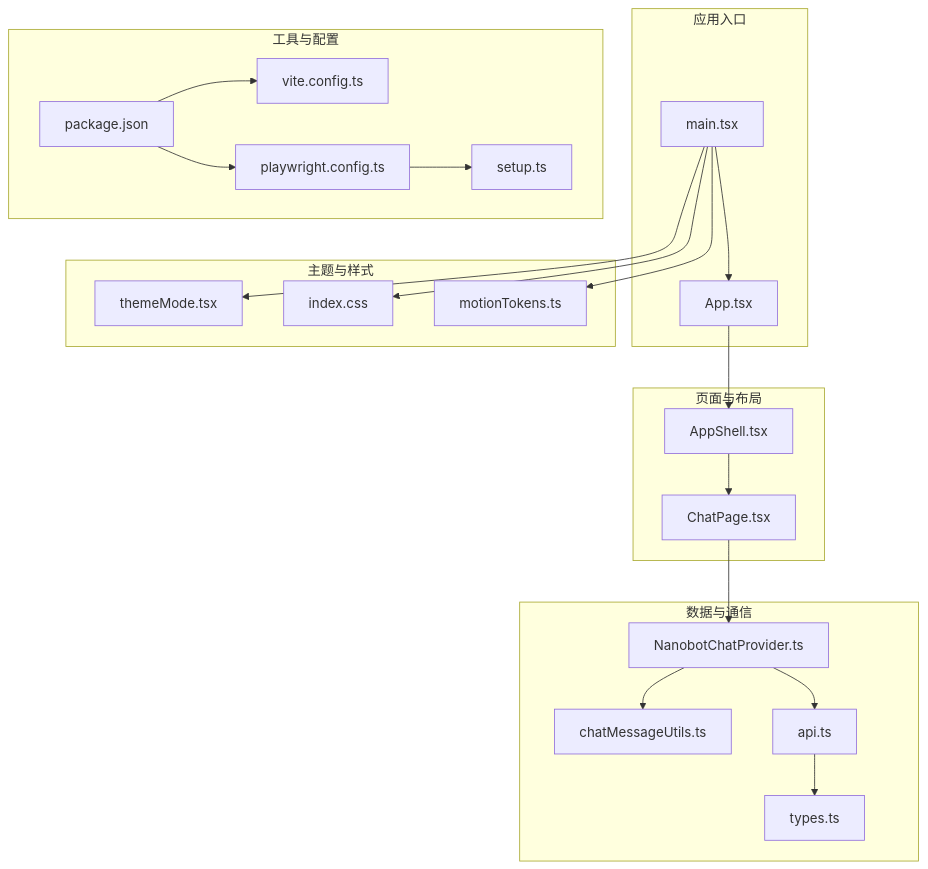
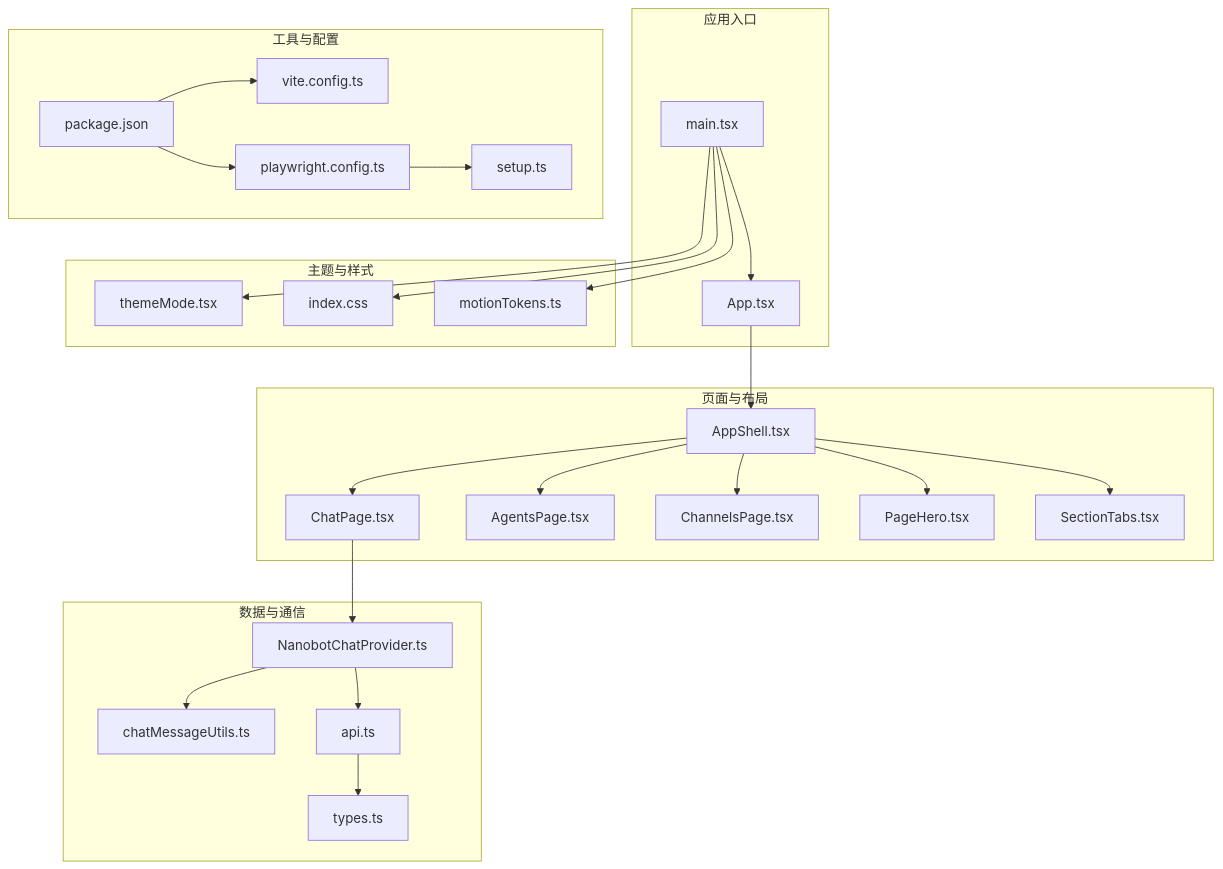
Before and after one commit to 757607106/nanobot: the first of 6 diagrams in .qoder/repowiki/zh/content/Web 界面/UI 开发指南.md, drawn with Mermaid. The commit also changed other lines of this file and 60 other files, not shown here.

````diff
--- a/.qoder/repowiki/zh/content/Web 界面/UI 开发指南.md
+++ b/.qoder/repowiki/zh/content/Web 界面/UI 开发指南.md
@@ -42,41 +56,49 @@
 ```mermaid
 graph TB
 subgraph "应用入口"
 M["main.tsx"]
 A["App.tsx"]
 end
 subgraph "页面与布局"
 AS["AppShell.tsx"]
 CP["ChatPage.tsx"]
+AP["AgentsPage.tsx"]
+CHP["ChannelsPage.tsx"]
+PH["PageHero.tsx"]
+ST["SectionTabs.tsx"]
 end
 subgraph "主题与样式"
 TM["themeMode.tsx"]
 IC["index.css"]
 MT["motionTokens.ts"]
 end
 subgraph "数据与通信"
 NP["NanobotChatProvider.ts"]
 CMU["chatMessageUtils.ts"]
 API["api.ts"]
 TY["types.ts"]
 end
 subgraph "工具与配置"
 Pkg["package.json"]
 VC["vite.config.ts"]
 PW["playwright.config.ts"]
 TS["setup.ts"]
 end
 M --> A
 A --> AS
 AS --> CP
+AS --> AP
+AS --> CHP
+AS --> PH
+AS --> ST
 M --> TM
 M --> IC
 M --> MT
 CP --> NP
 NP --> CMU
 NP --> API
 API --> TY
 Pkg --> VC
 Pkg --> PW
 PW --> TS
 ```
````
